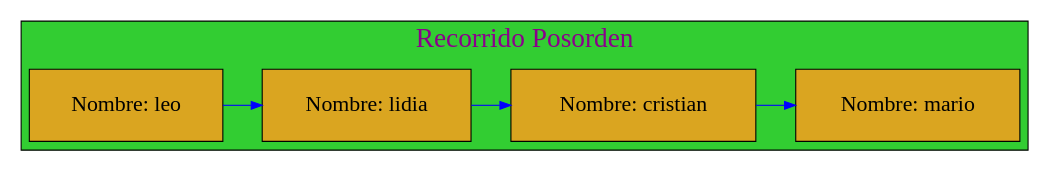
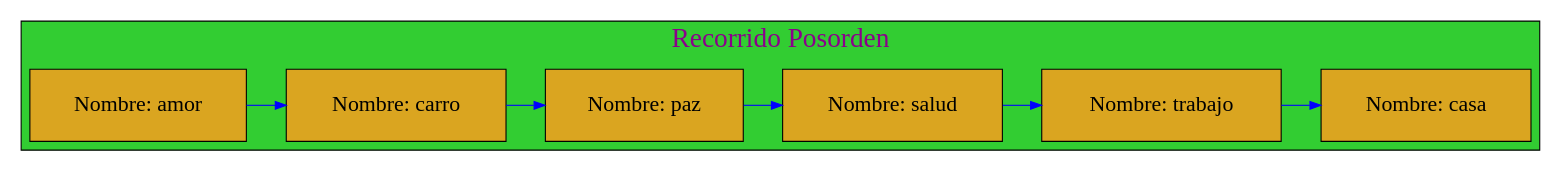
One commit to mariotun/EDD_1S2020_PY1_201602942 changed the diagram in Graficas/Recorrido_Posorden.dot. Above: the diagram before and after it, drawn with Graphviz. The commit also changed 19 other files, not shown here.

```diff
--- a/Graficas/Recorrido_Posorden.dot
+++ b/Graficas/Recorrido_Posorden.dot
@@ -1,26 +1,28 @@
 digraph Posorder_Traversal{
 
 graph[ranksep= "0.5",nodesep= "0.5"];subgraph cluster_5{
 
 label="Recorrido Posorden";
 labelloc=t;
 fontcolor=magenta4;
 fontname=algerian;
 fontsize=25;
 style=filled;
 fillcolor=limegreen;
 
 node[margin=0.3 shape=box style=filled fontcolor=black fillcolor=goldenrod fontsize=20];
 {rank=same;
 
-25770483872[label="Nombre: leo " ];
-25770484528[label="Nombre: lidia " ];
-25770483472[label="Nombre: cristian " ];
-25770483616[label="Nombre: mario " ];
+25770476704[label="Nombre: amor " ];
+25770476048[label="Nombre: carro " ];
+25770477264[label="Nombre: paz " ];
+25770476256[label="Nombre: salud " ];
+25770476448[label="Nombre: trabajo " ];
+25770475840[label="Nombre: casa " ];
 };
-25770483872 -> 25770484528 -> 25770483472 -> 25770483616 
+25770476704 -> 25770476048 -> 25770477264 -> 25770476256 -> 25770476448 -> 25770475840 
 
 [color=blue ];
 }
 
 }
```
